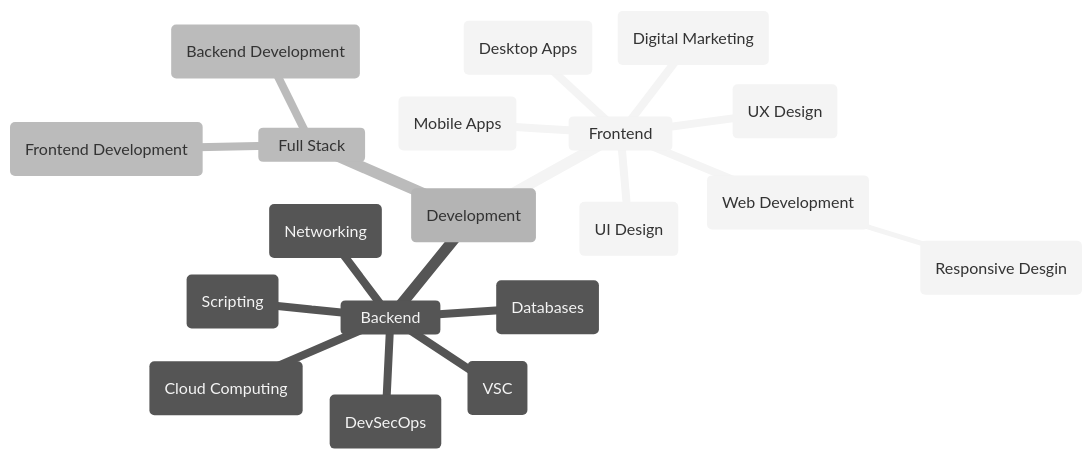
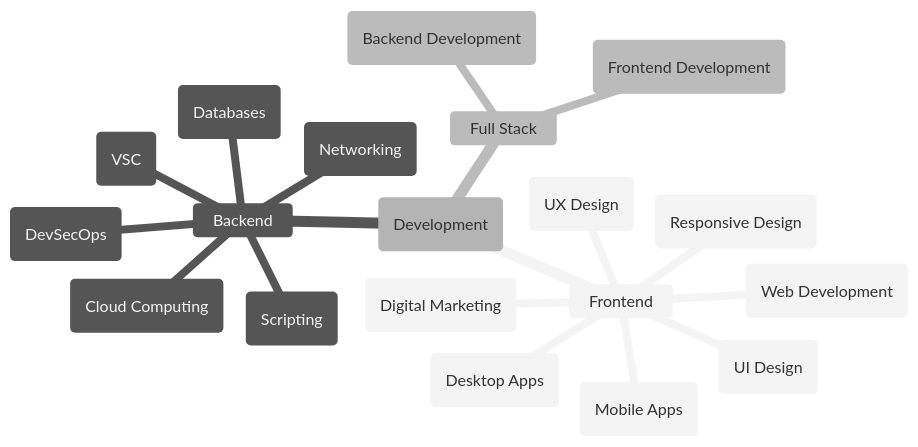
Before and after one commit to Azriel1909/Pink-academy: the diagram in README.md, drawn with Mermaid.

Commit message:
Mindmap updated

````diff
--- a/README.md
+++ b/README.md
@@ -5,23 +5,23 @@
 ```mermaid
 %%{init: {'theme':'neutral'}}%%
 mindmap
 root (Development)
-	Frontend 
-		(UX Design)
-		(UI Design)
-		(Digital Marketing)
-		(Mobile Apps)
-		(Desktop Apps)
-		(Web Development)
-			(Responsive Desgin)
-	Backend 
-		(VSC)
-		(Scripting)
-		(Databases)
-		(DevSecOps)
-		(Networking)
-		(Cloud Computing)
-	Full Stack 
-		(Frontend Development)
-		(Backend Development)
+ Frontend 
+  (UX Design)
+  (UI Design)
+  (Digital Marketing)
+  (Mobile Apps)
+  (Desktop Apps)
+  (Web Development)
+  (Responsive Design)
+ Backend 
+  (VSC)
+  (Scripting)
+  (Databases)
+  (DevSecOps)
+  (Networking)
+  (Cloud Computing)
+ Full Stack 
+  (Frontend Development)
+  (Backend Development)
 ```
````
